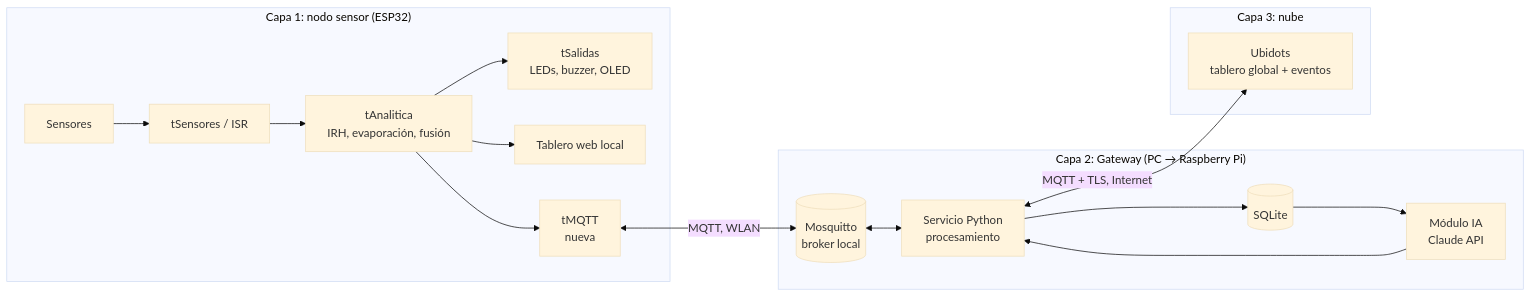
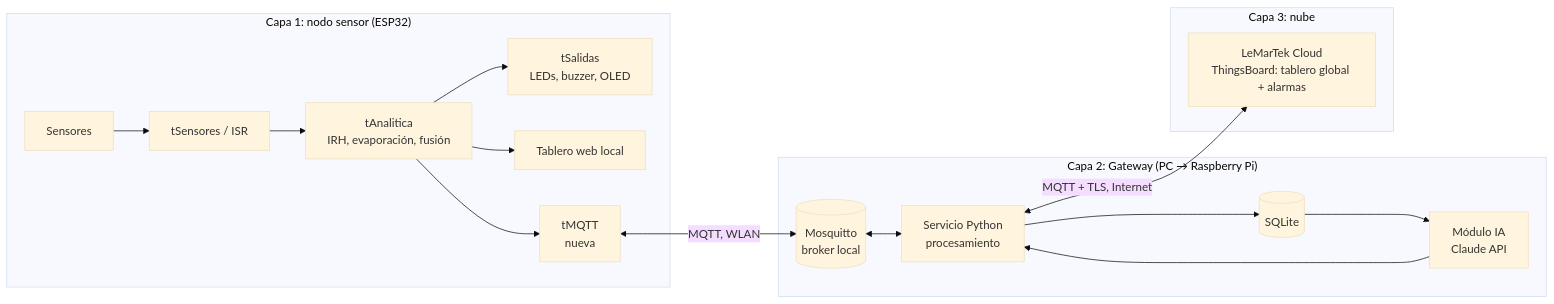
Before and after one commit to Juan100205/IOTPROYECTOFINAL3CORTE: the first of 2 diagrams in wiki/0.-Plan-del-Challenge-3.md, drawn with Mermaid (base theme). The commit also changed other lines of this file and 24 other files, not shown here.

Commit message:
Gateway: alerta critica por falla de SQLite con retencion ordenada; wiki y README alineados con lo construido (LeMarTek Cloud, topicos, carcasa MDF)

````diff
--- a/wiki/0.-Plan-del-Challenge-3.md
+++ b/wiki/0.-Plan-del-Challenge-3.md
@@ -32,25 +32,25 @@
 ```mermaid
 flowchart LR
   subgraph N["Capa 1: nodo sensor (ESP32)"]
     S[Sensores] --> T1[tSensores / ISR]
     T1 --> T2[tAnalitica<br/>IRH, evaporación, fusión]
     T2 --> T3[tSalidas<br/>LEDs, buzzer, OLED]
     T2 --> W[Tablero web local]
     T2 --> M[tMQTT<br/>nueva]
   end
   subgraph G["Capa 2: Gateway (PC → Raspberry Pi)"]
     B[(Mosquitto<br/>broker local)]
     P[Servicio Python<br/>procesamiento]
     D[(SQLite)]
     IA[Módulo IA<br/>Claude API]
     B <--> P
     P --> D
     D --> IA
     IA --> P
   end
   subgraph C["Capa 3: nube"]
-    U[Ubidots<br/>tablero global + eventos]
+    U[LeMarTek Cloud<br/>ThingsBoard: tablero global + alarmas]
   end
   M <-->|MQTT, WLAN| B
   P <-->|MQTT + TLS, Internet| U
 ```
````
